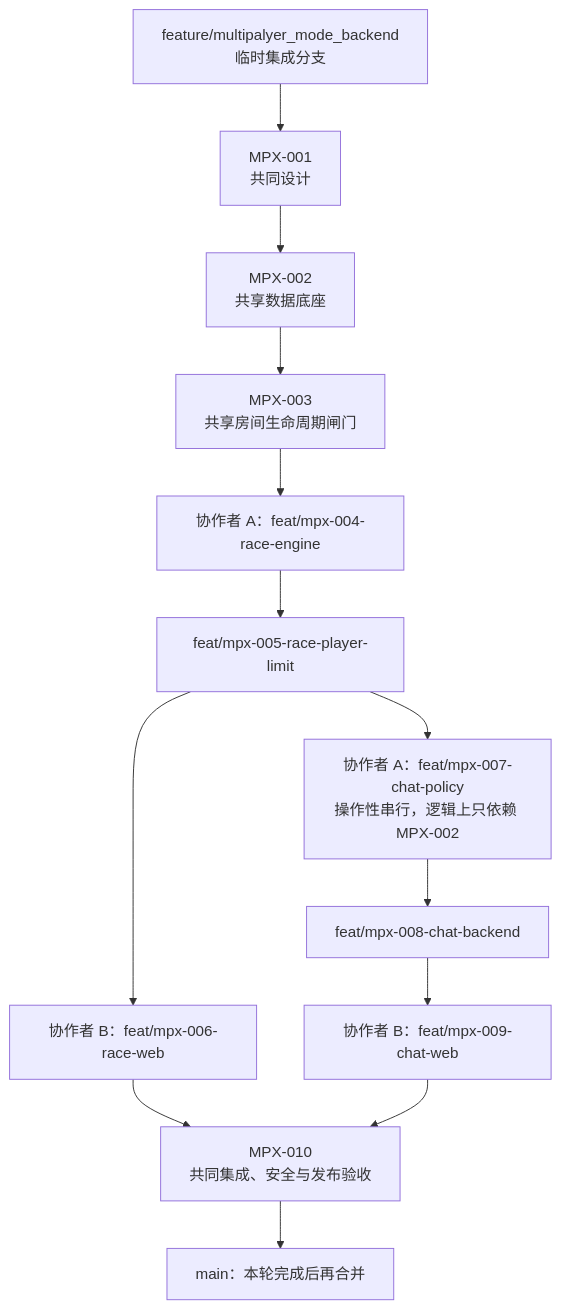
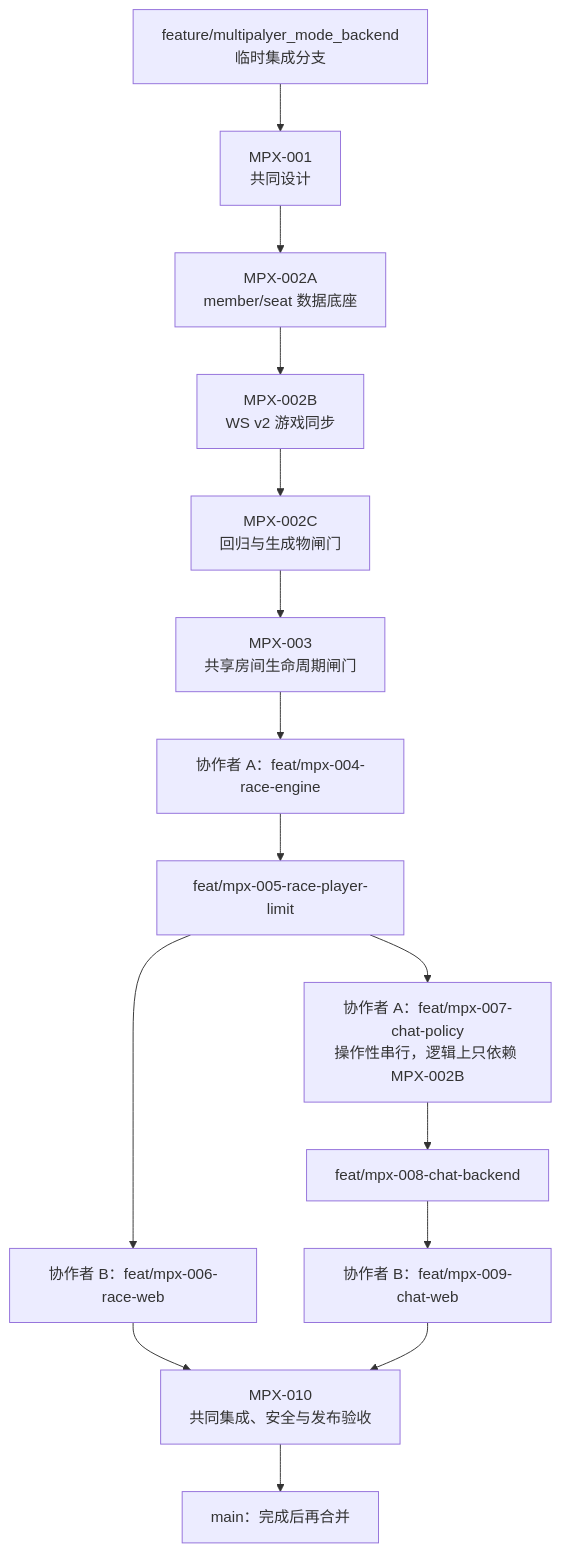
Before and after one commit to jachinzhang1/TouhouFlandre: the sixth of 6 diagrams in docs/multiplayer-expansion/README.md, drawn with Mermaid. The commit also changed other lines of this file and 10 other files, not shown here.

````diff
--- a/docs/multiplayer-expansion/README.md
+++ b/docs/multiplayer-expansion/README.md
@@ -211,19 +215,21 @@
 ```mermaid
 flowchart TD
     INT["feature/multipalyer_mode_backend<br/>临时集成分支"]
     INT --> S1["MPX-001<br/>共同设计"]
-    S1 --> S2["MPX-002<br/>共享数据底座"]
-    S2 --> S3["MPX-003<br/>共享房间生命周期闸门"]
+    S1 --> S2A["MPX-002A<br/>member/seat 数据底座"]
+    S2A --> S2B["MPX-002B<br/>WS v2 游戏同步"]
+    S2B --> S2C["MPX-002C<br/>回归与生成物闸门"]
+    S2C --> S3["MPX-003<br/>共享房间生命周期闸门"]
 
     S3 --> A4["协作者 A：feat/mpx-004-race-engine"]
     A4 --> A5["feat/mpx-005-race-player-limit"]
     A5 --> B6["协作者 B：feat/mpx-006-race-web"]
 
-    A5 --> A7["协作者 A：feat/mpx-007-chat-policy<br/>操作性串行，逻辑上只依赖 MPX-002"]
+    A5 --> A7["协作者 A：feat/mpx-007-chat-policy<br/>操作性串行，逻辑上只依赖 MPX-002B"]
     A7 --> A8["feat/mpx-008-chat-backend"]
     A8 --> B9["协作者 B：feat/mpx-009-chat-web"]
 
     B6 --> QA["MPX-010<br/>共同集成、安全与发布验收"]
     B9 --> QA
-    QA --> MAIN["main：本轮完成后再合并"]
+    QA --> MAIN["main：完成后再合并"]
 ```
````
